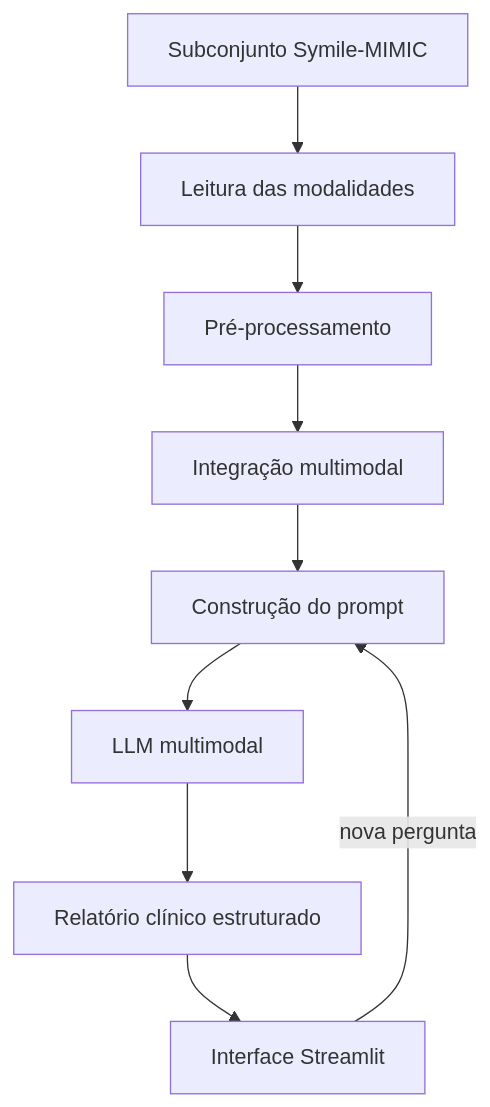
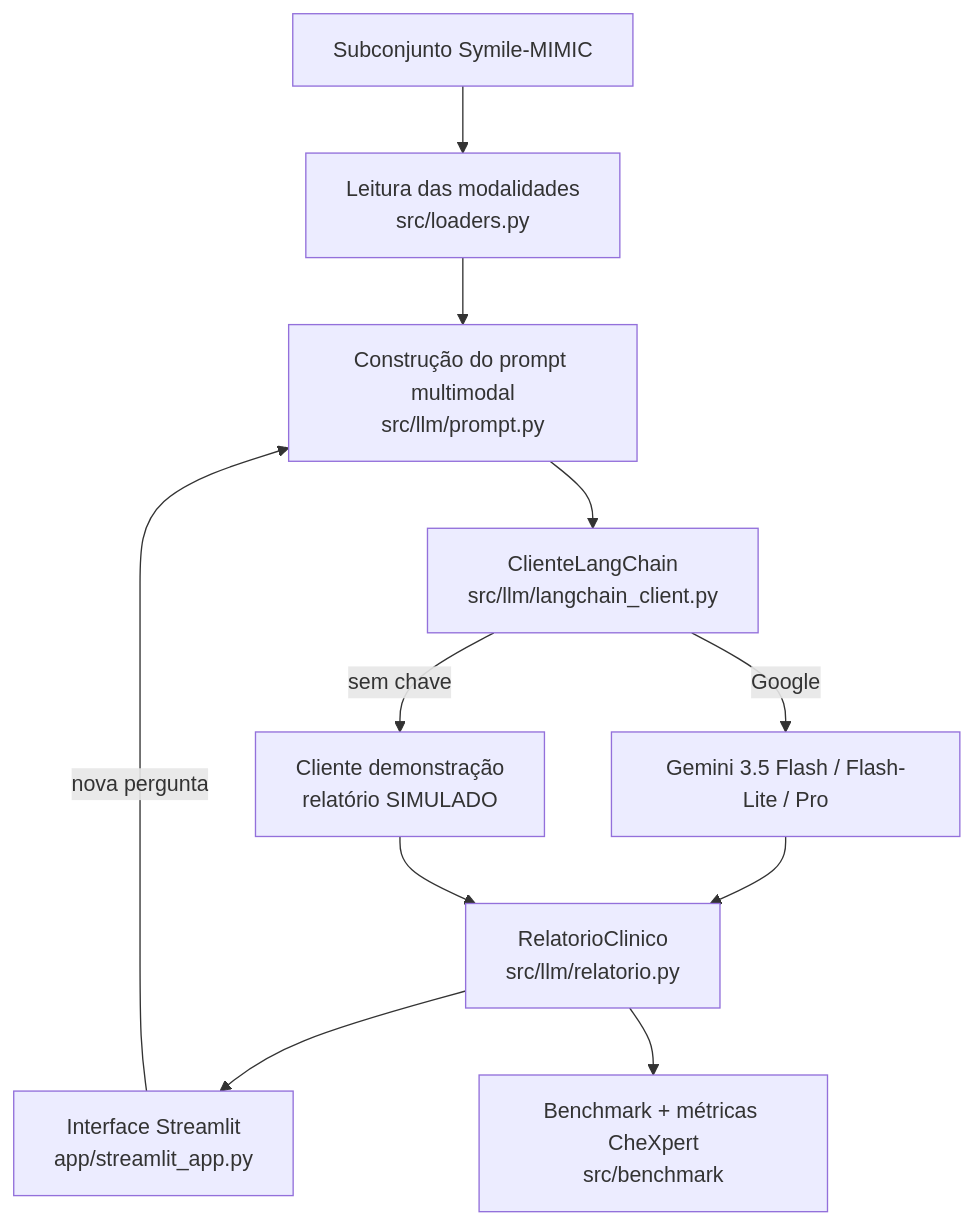
Before and after one commit to joaogaabriell/clinicalfusion-tecomp: the diagram in docs/04-arquitetura-solucao.md, drawn with Mermaid. The commit also changed other lines of this file and 12 other files, not shown here.

First line of the commit message:
Docs: relatorio tecnico, diagramas e execucao via Docker (Semana 4)

````diff
--- a/docs/04-arquitetura-solucao.md
+++ b/docs/04-arquitetura-solucao.md
@@ -25,11 +55,13 @@
 ```mermaid
 flowchart TD
-    A[Subconjunto Symile-MIMIC] --> B[Leitura das modalidades]
-    B --> C[Pré-processamento]
-    C --> D[Integração multimodal]
-    D --> E[Construção do prompt]
-    E --> F[LLM multimodal]
-    F --> G[Relatório clínico estruturado]
-    G --> H[Interface Streamlit]
-    H -->|nova pergunta| E
+    A[Subconjunto Symile-MIMIC] --> B[Leitura das modalidades<br/>src/loaders.py]
+    B --> C[Construção do prompt multimodal<br/>src/llm/prompt.py]
+    C --> D[ClienteLangChain<br/>src/llm/langchain_client.py]
+    D -->|Google| E[Gemini 3.5 Flash / Flash-Lite / Pro]
+    D -->|sem chave| F[Cliente demonstração<br/>relatório SIMULADO]
+    E --> G[RelatorioClinico<br/>src/llm/relatorio.py]
+    F --> G
+    G --> H[Interface Streamlit<br/>app/streamlit_app.py]
+    G --> I[Benchmark + métricas CheXpert<br/>src/benchmark]
+    H -->|nova pergunta| C
 ```
````
